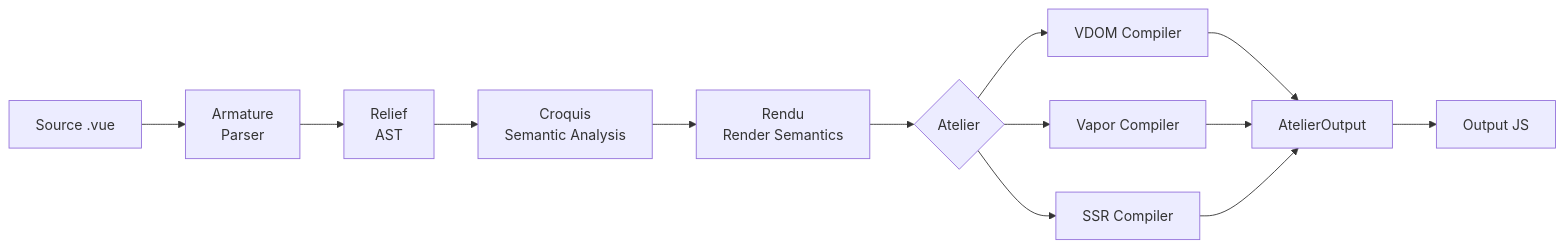
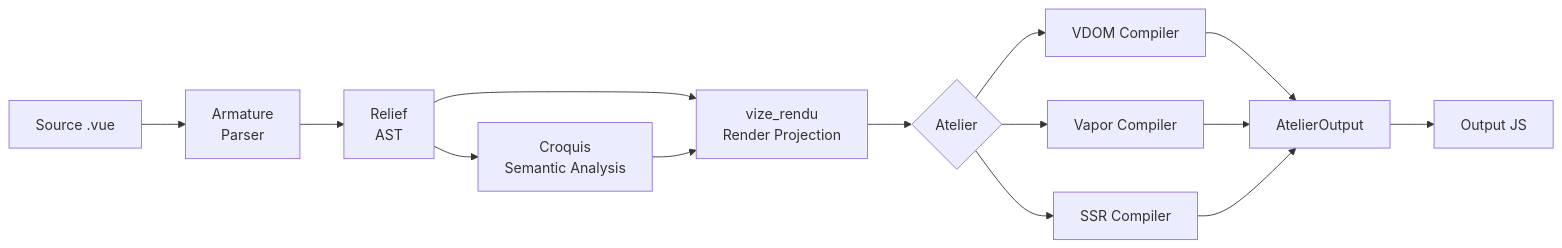
One commit to ubugeeei-prod/vize changed the second of 3 diagrams in docs/content/architecture/overview.md. Above: the diagram before and after it, drawn with Mermaid. The commit also changed other lines of this file and 74 other files, not shown here.

````diff
--- a/docs/content/architecture/overview.md
+++ b/docs/content/architecture/overview.md
@@ -69,15 +71,16 @@
 ```mermaid
 graph LR
     A[Source .vue] --> B[Armature<br/>Parser]
     B --> C[Relief<br/>AST]
     C --> D[Croquis<br/>Semantic Analysis]
-    D --> R[Rendu<br/>Render Semantics]
+    C --> R[vize_rendu<br/>Render Projection]
+    D --> R
     R --> E{Atelier}
     E --> F[VDOM Compiler]
     E --> G[Vapor Compiler]
     E --> H[SSR Compiler]
     F --> O[AtelierOutput]
     G --> O
     H --> O
     O --> I[Output JS]
 ```
````
